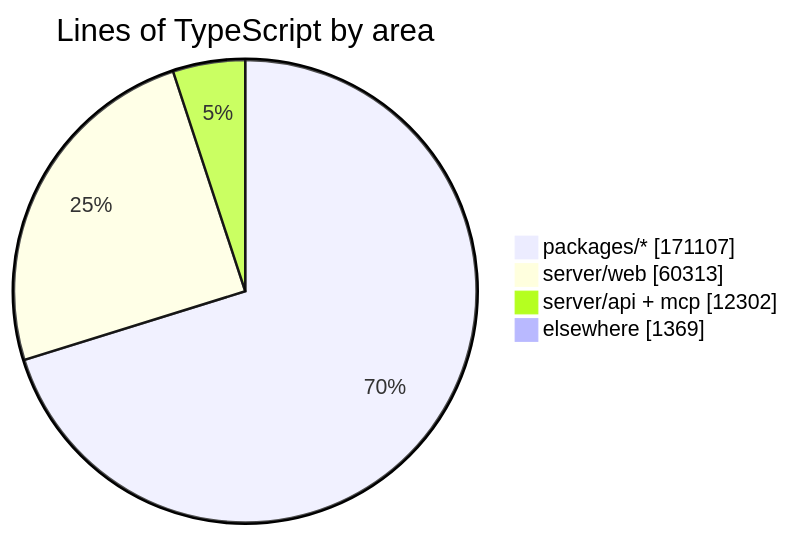
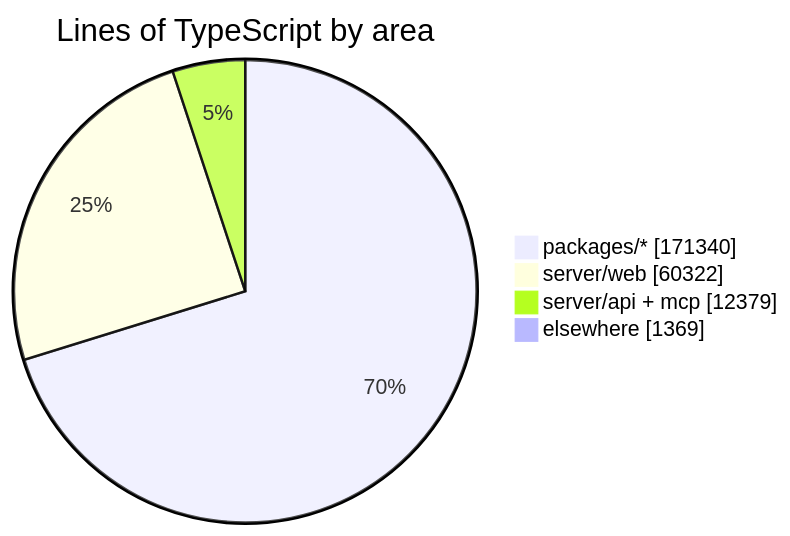
Before and after one commit to crossworks-engineering/mantle: the diagram in README.md, drawn with Mermaid. The commit also changed other lines of this file and 2 other files, not shown here.

````diff
--- a/README.md
+++ b/README.md
@@ -279,7 +279,7 @@
 ```mermaid
 pie showData title Lines of TypeScript by area
-    "packages/*" : 171107
-    "server/web" : 60313
-    "server/api + mcp" : 12302
+    "packages/*" : 171340
+    "server/web" : 60322
+    "server/api + mcp" : 12379
     "elsewhere" : 1369
 ```
````
